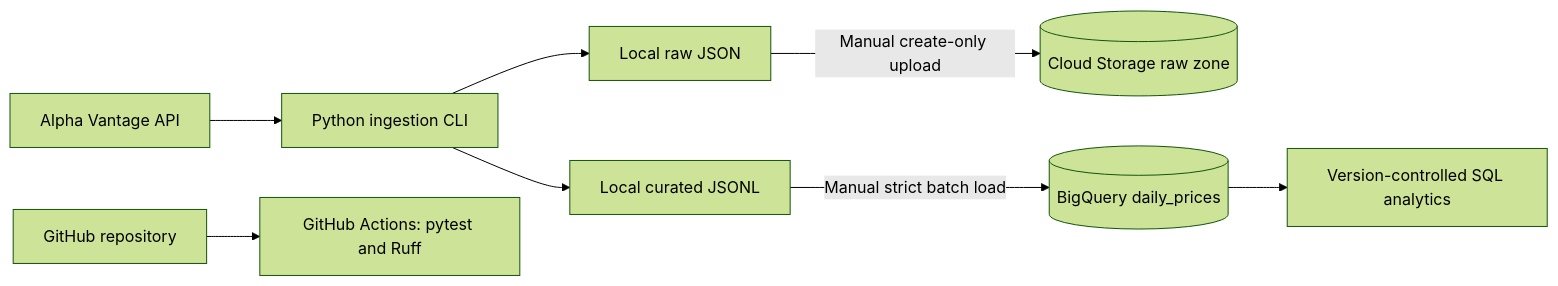
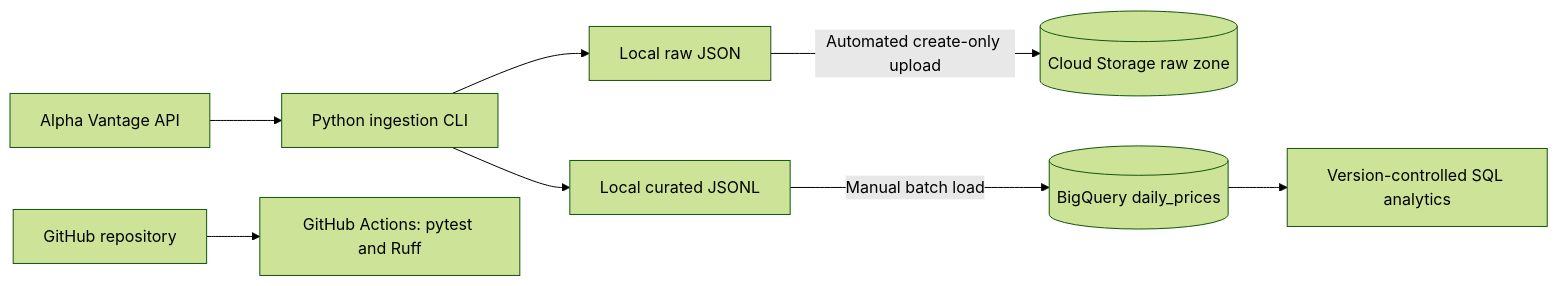
Before and after one commit to Leila163/gcp-market-data-platform: the diagram in README.md, drawn with Mermaid (forest theme). The commit also changed other lines of this file, not shown here.

Commit message:
docs: document automated GCS uploads

````diff
--- a/README.md
+++ b/README.md
@@ -14,10 +14,10 @@
 ```mermaid
 flowchart LR
     API[Alpha Vantage API] --> CLI[Python ingestion CLI]
     CLI --> RAW[Local raw JSON]
     CLI --> CURATED[Local curated JSONL]
-    RAW -->|Manual create-only upload| GCS[(Cloud Storage raw zone)]
-    CURATED -->|Manual strict batch load| BQ[(BigQuery daily_prices)]
+    RAW -->|Automated create-only upload| GCS[(Cloud Storage raw zone)]
+    CURATED -->|Manual batch load| BQ[(BigQuery daily_prices)]
     BQ --> SQL[Version-controlled SQL analytics]
     REPO[GitHub repository] --> CI[GitHub Actions: pytest and Ruff]
 ```
````
